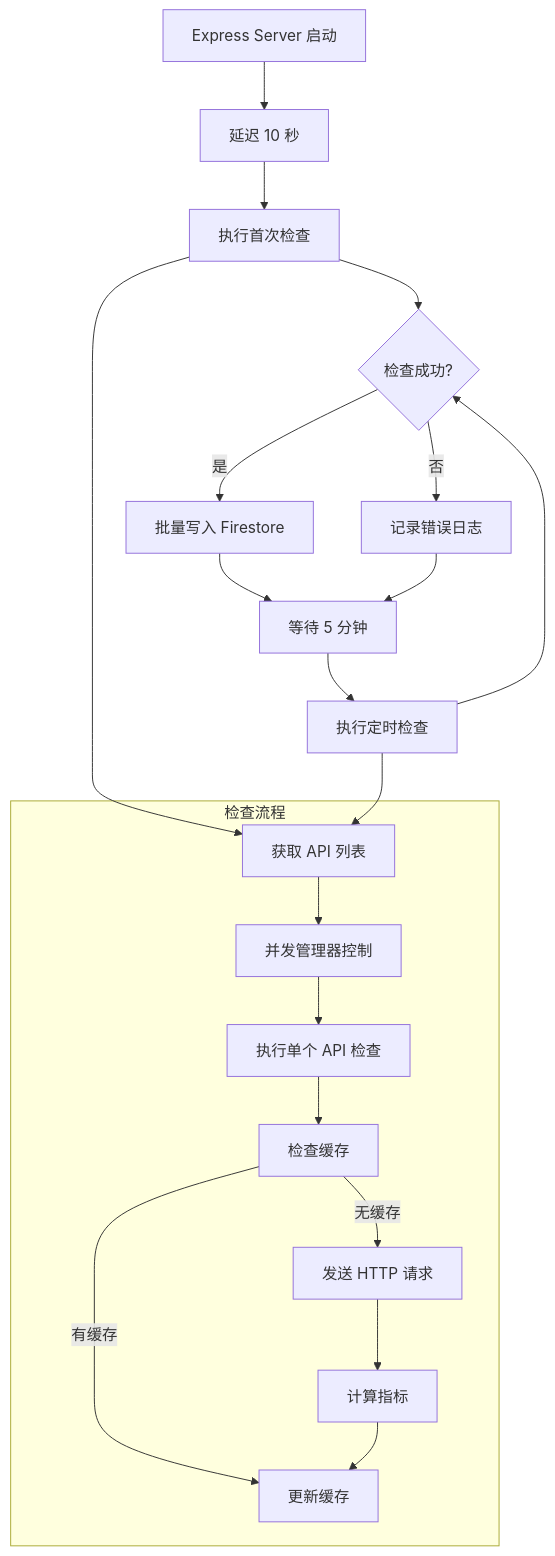
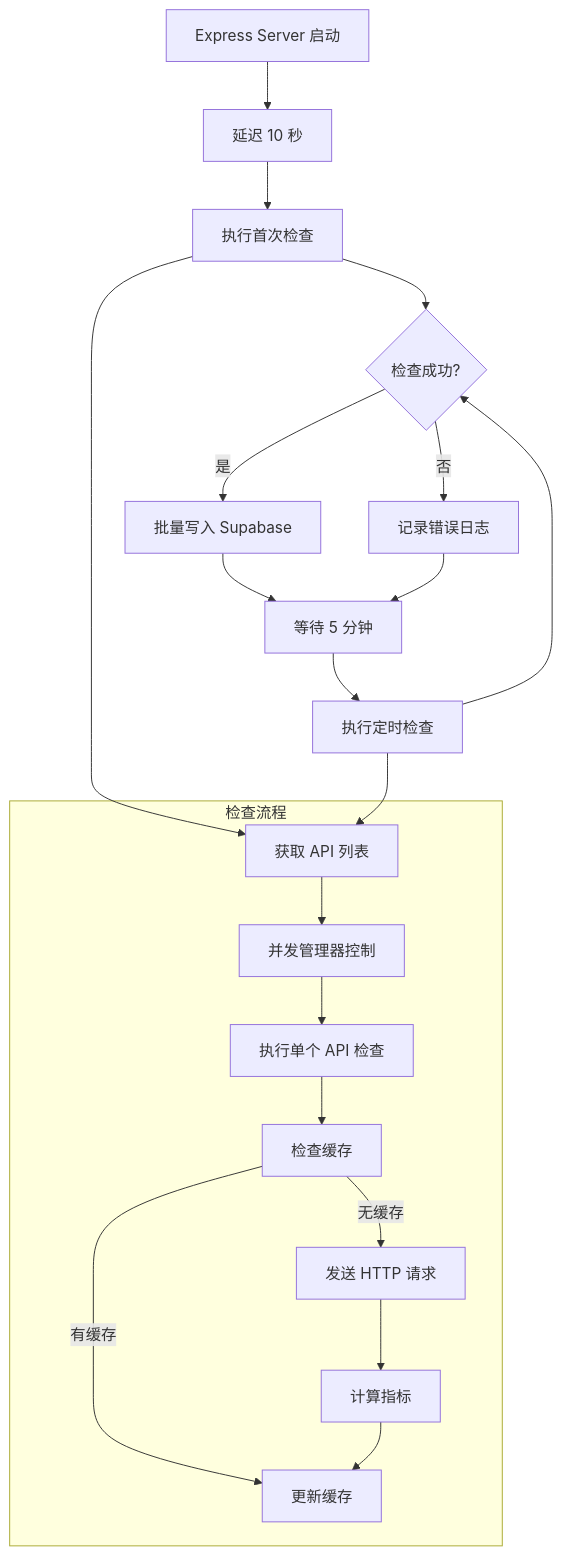
The fourth of 13 diagrams in openspec/architecture.md (AjaCHN/LLM-API-Sentinel), drawn with Mermaid before and after one commit. The commit also changed other lines of this file and 5 other files, not shown here.

````diff
--- a/openspec/architecture.md
+++ b/openspec/architecture.md
@@ -168,36 +167,36 @@
 ```mermaid
 flowchart TD
     A[Express Server 启动] --> B[延迟 10 秒]
     B --> C[执行首次检查]
     C --> D{检查成功?}
     
-    D -->|是| E[批量写入 Firestore]
+    D -->|是| E[批量写入 Supabase]
     D -->|否| F[记录错误日志]
     
     E --> G[等待 5 分钟]
     F --> G
     
     G --> H[执行定时检查]
     H --> D
     
     subgraph 检查流程
         I[获取 API 列表]
         J[并发管理器控制]
         K[执行单个 API 检查]
         L[检查缓存]
         M[发送 HTTP 请求]
         N[计算指标]
         O[更新缓存]
         
         I --> J
         J --> K
         K --> L
         L -->|有缓存| O
         L -->|无缓存| M
         M --> N
         N --> O
     end
     
     C --> I
     H --> I
 ```
````
